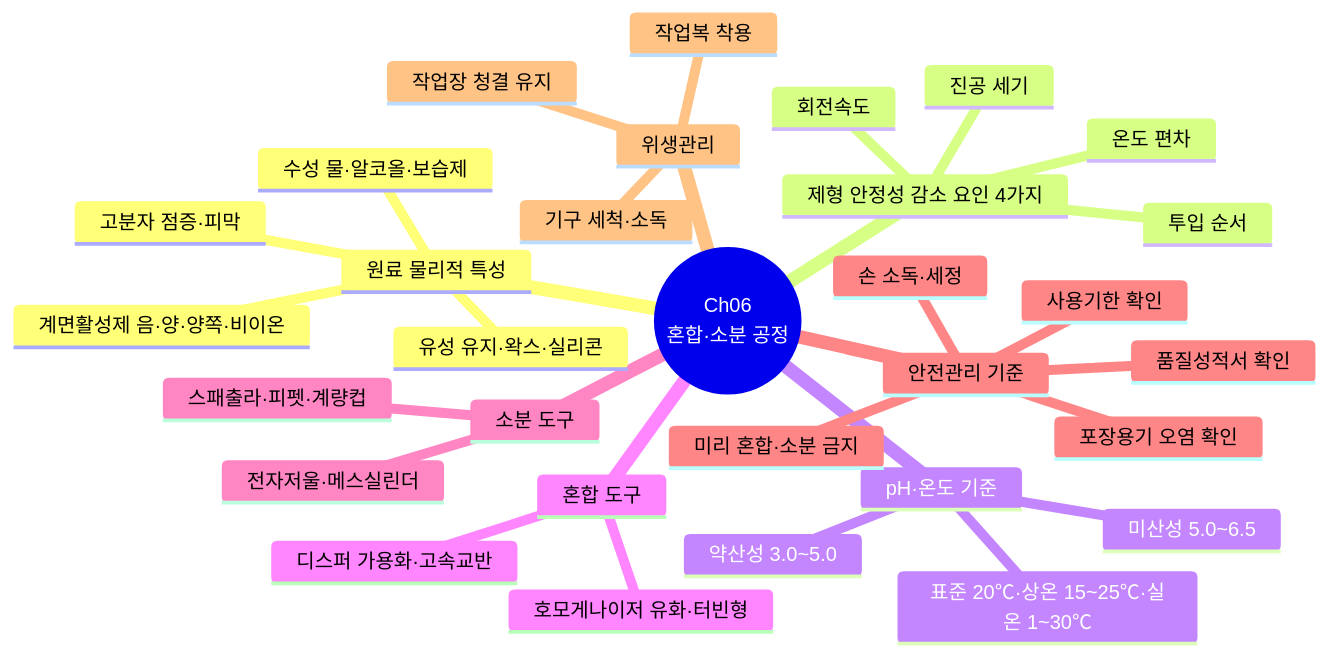
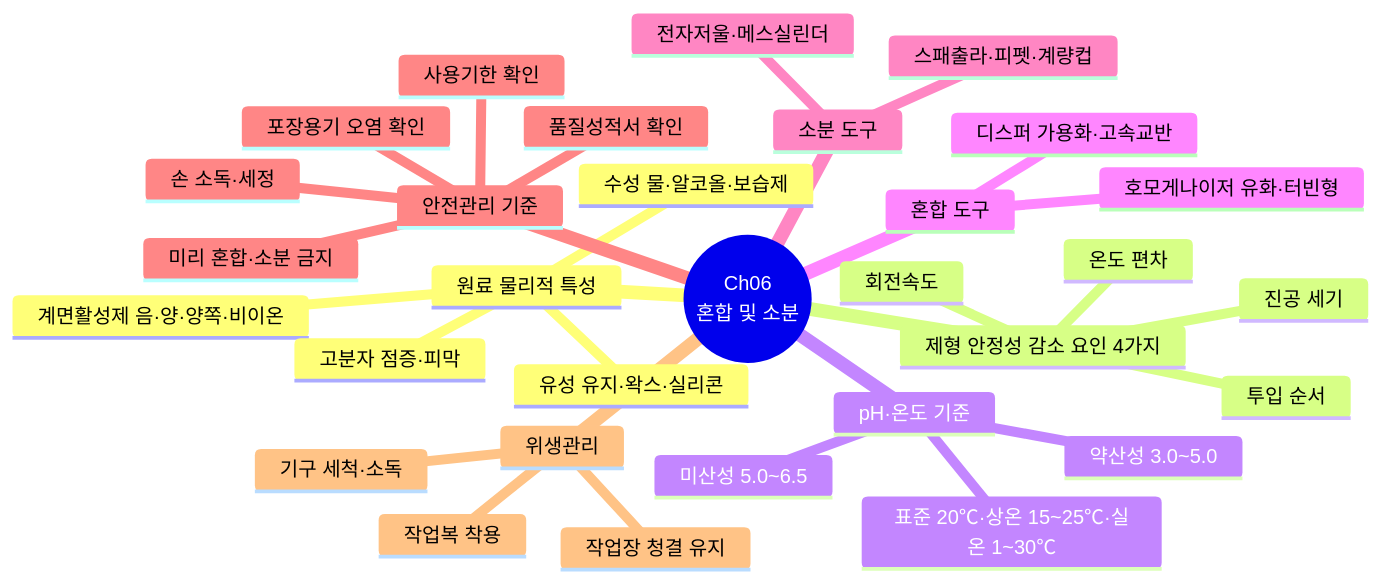
Diagram 20 of 28 in content/교재/understanding/4과목_맞춤형화장품의이해_이야기형.md (skygoldlee-cyber/Personalized_Skincare), drawn with Mermaid before and after one commit. The commit also changed other lines of this file and 20 other files, not shown here.

````diff
--- a/content/교재/understanding/4과목_맞춤형화장품의이해_이야기형.md
+++ b/content/교재/understanding/4과목_맞춤형화장품의이해_이야기형.md
@@ -3355,34 +3377,34 @@
 ```mermaid
 mindmap
- root((Ch06<br/>혼합·소분 공정))
+ root((Ch06<br/>혼합 및 소분))
   원료 물리적 특성
    수성 물·알코올·보습제
    유성 유지·왁스·실리콘
    계면활성제 음·양·양쪽·비이온
    고분자 점증·피막
   제형 안정성 감소 요인 4가지
    투입 순서
    온도 편차
    회전속도
    진공 세기
   pH·온도 기준
    미산성 5.0~6.5
    약산성 3.0~5.0
    표준 20℃·상온 15~25℃·실온 1~30℃
   혼합 도구
    호모게나이저 유화·터빈형
    디스퍼 가용화·고속교반
   소분 도구
    스패출라·피펫·계량컵
    전자저울·메스실린더
   안전관리 기준
    품질성적서 확인
    손 소독·세정
    포장용기 오염 확인
    사용기한 확인
    미리 혼합·소분 금지
   위생관리
    작업복 착용
    기구 세척·소독
    작업장 청결 유지
 ```
````
